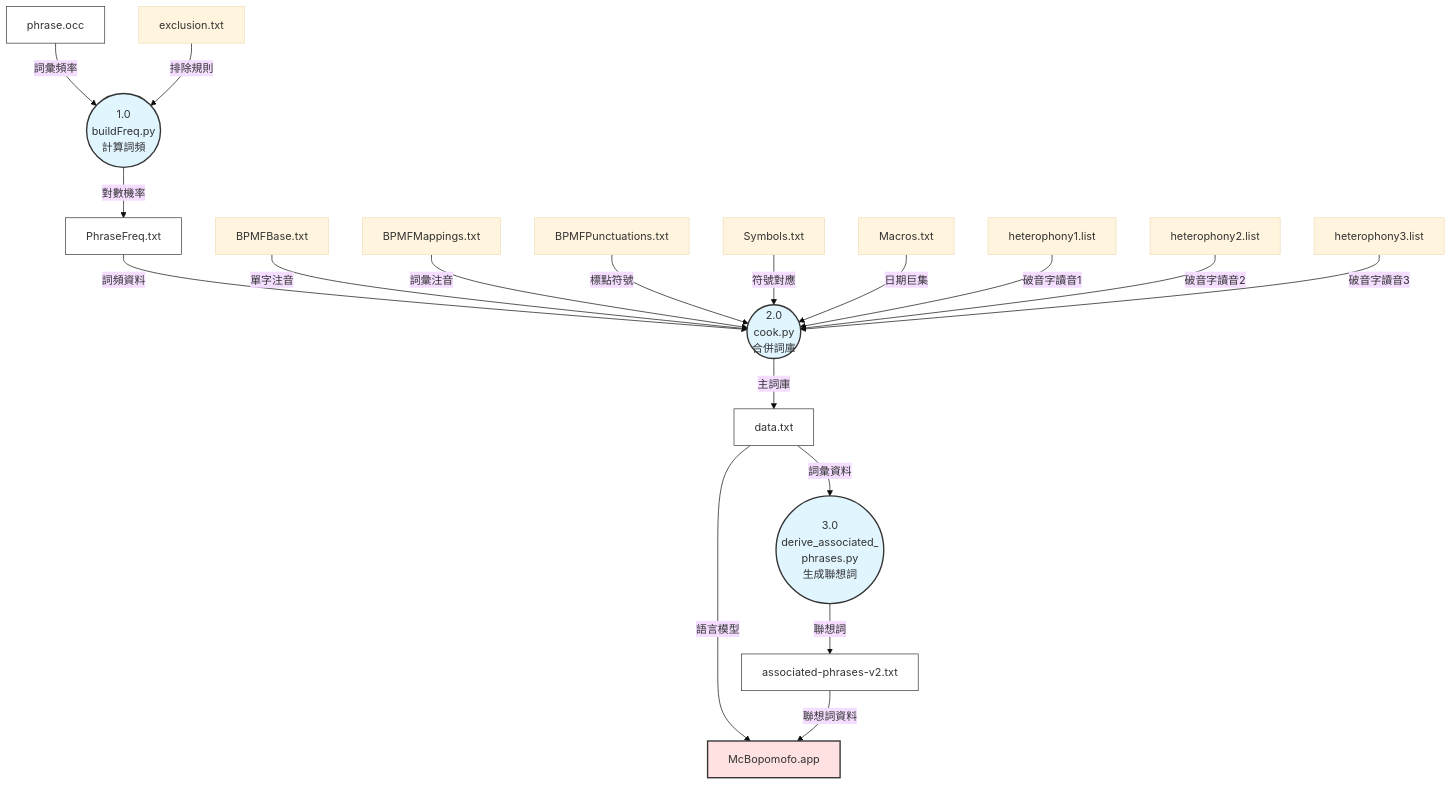
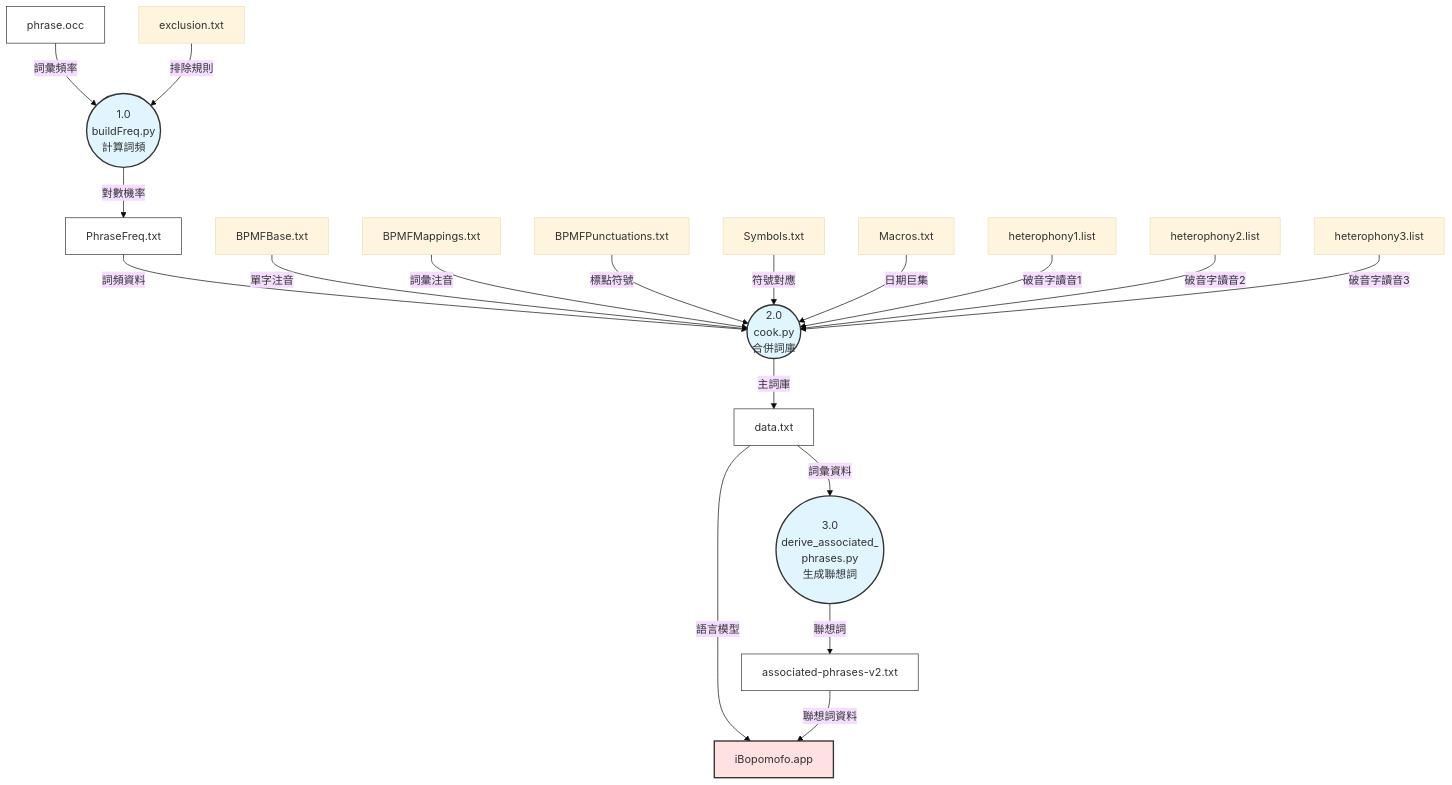
Before and after one commit to TsungLi-Wang/iBopomofo: the diagram in algorithm.md, drawn with Mermaid (base theme). The commit also changed other lines of this file and 23 other files, not shown here.

````diff
--- a/algorithm.md
+++ b/algorithm.md
@@ -648,53 +648,53 @@
 ```mermaid
 flowchart TD
     phrase_occ[|borders:tb|phrase.occ]
     exclusion[|borders:tb|exclusion.txt]
     buildFreq((1.0<br/>buildFreq.py<br/>計算詞頻))
     PhraseFreq[|borders:tb|PhraseFreq.txt]
 
     BPMFBase[|borders:tb|BPMFBase.txt]
     BPMFMappings[|borders:tb|BPMFMappings.txt]
     BPMFPunct[|borders:tb|BPMFPunctuations.txt]
     Symbols[|borders:tb|Symbols.txt]
     Macros[|borders:tb|Macros.txt]
     hetero1[|borders:tb|heterophony1.list]
     hetero2[|borders:tb|heterophony2.list]
     hetero3[|borders:tb|heterophony3.list]
 
     cook((2.0<br/>cook.py<br/>合併詞庫))
     data[|borders:tb|data.txt]
 
     derive((3.0<br/>derive_associated_<br/>phrases.py<br/>生成聯想詞))
     assoc[|borders:tb|associated-phrases-v2.txt]
 
-    McBopomofo[McBopomofo.app]
+    iBopomofo[iBopomofo.app]
 
     phrase_occ -->|詞彙頻率| buildFreq
     exclusion -->|排除規則| buildFreq
     buildFreq -->|對數機率| PhraseFreq
 
     PhraseFreq -->|詞頻資料| cook
     BPMFBase -->|單字注音| cook
     BPMFMappings -->|詞彙注音| cook
     BPMFPunct -->|標點符號| cook
     Symbols -->|符號對應| cook
     Macros -->|日期巨集| cook
     hetero1 -->|破音字讀音1| cook
     hetero2 -->|破音字讀音2| cook
     hetero3 -->|破音字讀音3| cook
     cook -->|主詞庫| data
 
     data -->|詞彙資料| derive
-    data -->|語言模型| McBopomofo
+    data -->|語言模型| iBopomofo
     derive -->|聯想詞| assoc
-    assoc -->|聯想詞資料| McBopomofo
+    assoc -->|聯想詞資料| iBopomofo
 
     style buildFreq fill:#e1f5ff,stroke:#333,stroke-width:2px
     style cook fill:#e1f5ff,stroke:#333,stroke-width:2px
     style derive fill:#e1f5ff,stroke:#333,stroke-width:2px
     style phrase_occ fill:#fff,stroke:#333,stroke-width:1px
     style PhraseFreq fill:#fff,stroke:#333,stroke-width:1px
     style data fill:#fff,stroke:#333,stroke-width:1px
     style assoc fill:#fff,stroke:#333,stroke-width:1px
-    style McBopomofo fill:#ffe1e1,stroke:#333,stroke-width:2px
+    style iBopomofo fill:#ffe1e1,stroke:#333,stroke-width:2px
 ```
````
